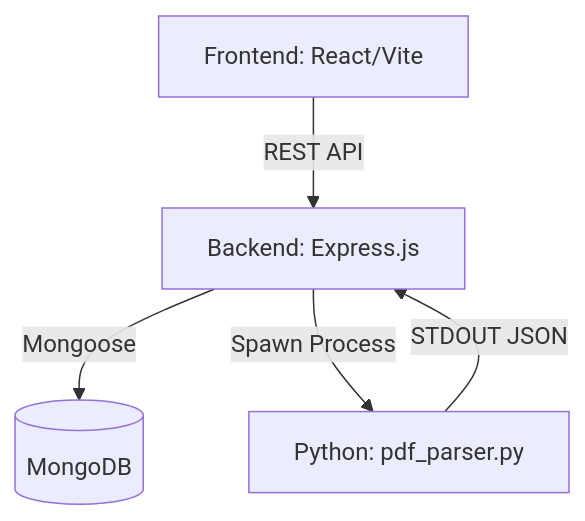
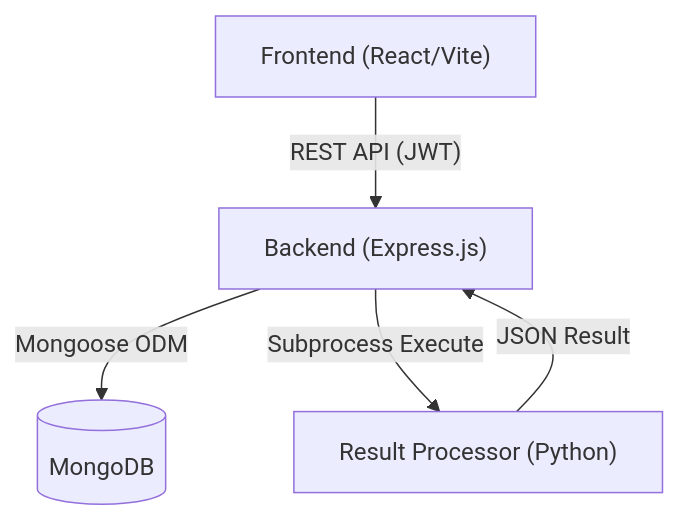
Before and after one commit to Ravi4348/Student-Academic-Management-System: the first of 24 diagrams in README.md, drawn with Mermaid. The commit also changed other lines of this file and 30 other files, not shown here.

````diff
--- a/README.md
+++ b/README.md
@@ -56,12 +41,12 @@
 ```mermaid
-graph TD
-    UI[Frontend: React/Vite]
-    API[Backend: Express.js]
-    DB[(MongoDB)]
-    PY[Python: pdf_parser.py]
+flowchart TD
+    UI["Frontend (React/Vite)"]
+    API["Backend (Express.js)"]
+    DB[("MongoDB")]
+    PY["Result Processor (Python)"]
     
-    UI -->|REST API| API
-    API -->|Mongoose| DB
-    API -->|Spawn Process| PY
-    PY -->|STDOUT JSON| API
+    UI -->|"REST API (JWT)"| API
+    API -->|"Mongoose ODM"| DB
+    API -->|"Subprocess Execute"| PY
+    PY -->|"JSON Result"| API
 ```
````
